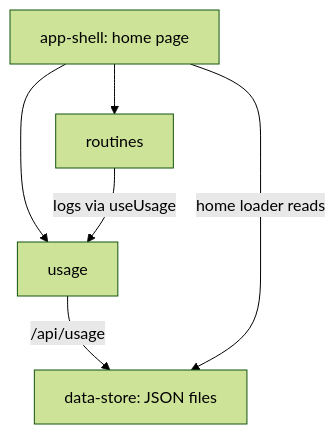
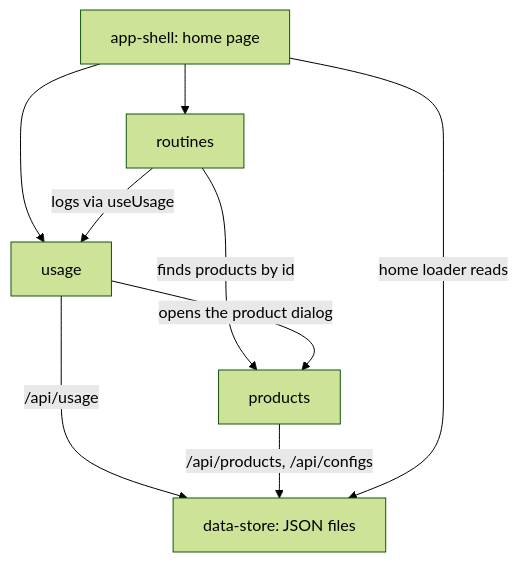
Before and after one commit to hilaryzen/beauty-tracker: the diagram in docs/high-level-design.md, drawn with Mermaid (forest theme). The commit also changed other lines of this file and 32 other files, not shown here.

````diff
--- a/docs/high-level-design.md
+++ b/docs/high-level-design.md
@@ -57,8 +58,11 @@
 ```mermaid
 flowchart TD
   shell[app-shell: home page] --> routines
   shell --> usage
   routines -->|logs via useUsage| usage
+  routines -->|finds products by id| products
+  usage -->|opens the product dialog| products
   usage -->|/api/usage| store[data-store: JSON files]
+  products -->|/api/products, /api/configs| store
   shell -->|home loader reads| store
 ```
````
